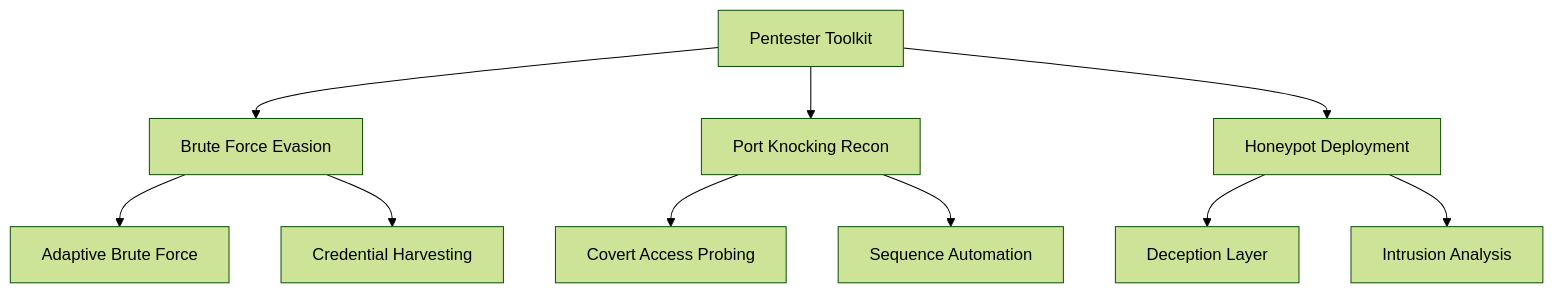
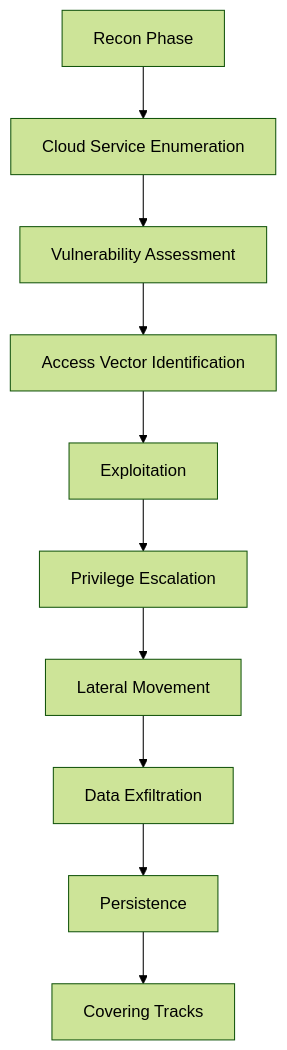
The third of 3 diagrams in mastering-ssh-part-one/3 - Intermediate SSH Usage.md (cipherbite/mastering-linux), drawn with Mermaid (forest theme) before and after one commit. The commit also changed other lines of this file, not shown here.

````diff
--- a/mastering-ssh-part-one/3 - Intermediate SSH Usage.md
+++ b/mastering-ssh-part-one/3 - Intermediate SSH Usage.md
@@ -479,12 +582,12 @@
 ```mermaid
 graph TD
-    A[Pentester Toolkit] --> B[Brute Force Evasion]
-    A --> C[Port Knocking Recon]
-    A --> D[Honeypot Deployment]
-    B --> E[Adaptive Brute Force]
-    B --> F[Credential Harvesting]
-    C --> G[Covert Access Probing]
-    C --> H[Sequence Automation]
-    D --> I[Deception Layer]
-    D --> J[Intrusion Analysis]
+    A[Recon Phase] --> B[Cloud Service Enumeration]
+    B --> C[Vulnerability Assessment]
+    C --> D[Access Vector Identification]
+    D --> E[Exploitation]
+    E --> F[Privilege Escalation]
+    F --> G[Lateral Movement]
+    G --> H[Data Exfiltration]
+    H --> I[Persistence]
+    I --> J[Covering Tracks]
 ```
````
